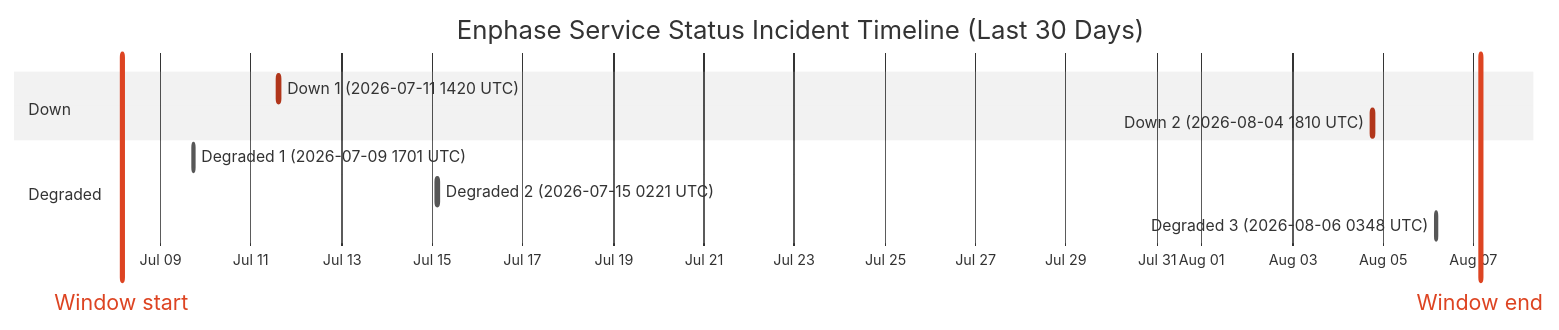
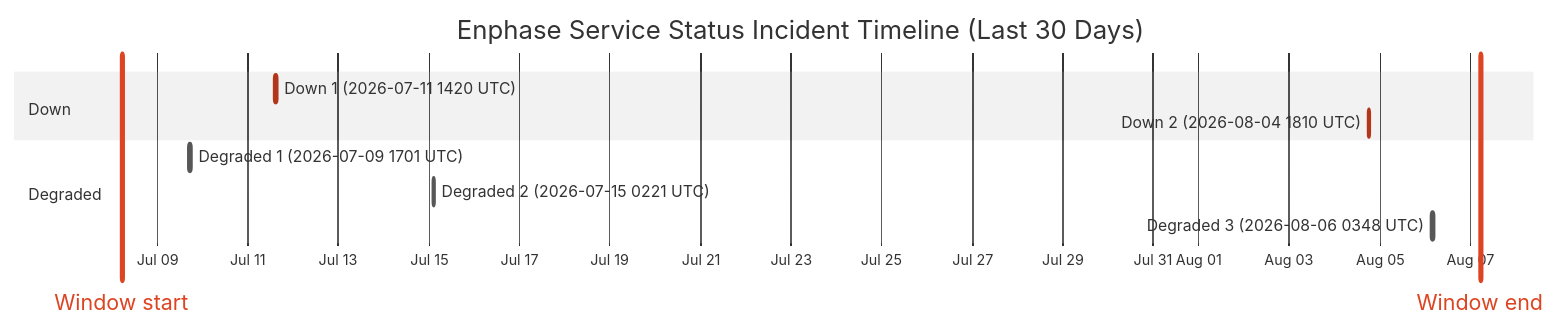
One commit to barneyonline/ha-enphase-energy changed the diagram in wiki/Service-Status-History.md. Above: the diagram before and after it, drawn with Mermaid (neutral theme). The commit also changed other lines of this file and 3 other files, not shown here.

````diff
--- a/wiki/Service-Status-History.md
+++ b/wiki/Service-Status-History.md
@@ -14,15 +14,15 @@
 ```mermaid
 gantt
     title Enphase Service Status Incident Timeline (Last 30 Days)
     dateFormat  YYYY-MM-DDTHH:mm:ss
     axisFormat  %b %d
-    Window start :vert, window-start, 2026-07-08T03:27:01, 0ms
-    Window end :vert, window-end, 2026-08-07T03:27:01, 0ms
+    Window start :vert, window-start, 2026-07-08T05:14:34, 0ms
+    Window end :vert, window-end, 2026-08-07T05:14:34, 0ms
     section Down
     Down 1 (2026-07-11 1420 UTC) :crit, down-1, 2026-07-11T14:20:54, 69m
     Down 2 (2026-08-04 1810 UTC) :crit, down-2, 2026-08-04T18:10:46, 60m
     section Degraded
     Degraded 1 (2026-07-09 1701 UTC) :active, degraded-1, 2026-07-09T17:01:02, 60m
     Degraded 2 (2026-07-15 0221 UTC) :active, degraded-2, 2026-07-15T02:21:35, 60m
     Degraded 3 (2026-08-06 0348 UTC) :active, degraded-3, 2026-08-06T03:48:14, 60m
 ```
````
